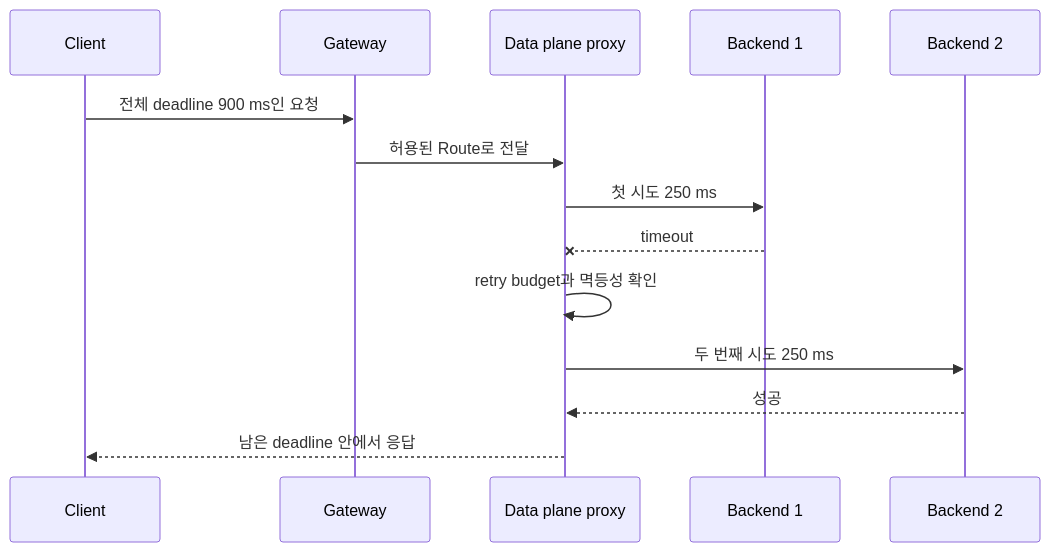
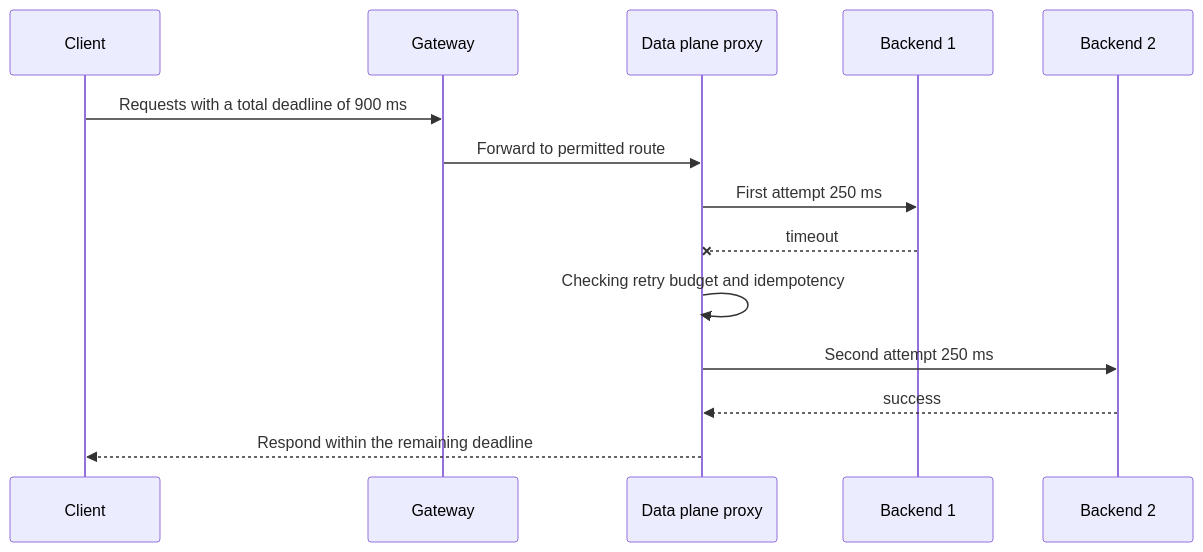
The diagram in docs-site/content/traffic-resilience/01-request-budget-and-ownership.md (nohdol97/nohdol-study), drawn with Mermaid before and after one commit. The commit also changed other lines of this file and 116 other files, not shown here.

````diff
--- a/docs-site/content/traffic-resilience/01-request-budget-and-ownership.md
+++ b/docs-site/content/traffic-resilience/01-request-budget-and-ownership.md
@@ -25,16 +25,16 @@
 ```mermaid
 sequenceDiagram
   participant C as Client
   participant G as Gateway
   participant P as Data plane proxy
   participant B1 as Backend 1
   participant B2 as Backend 2
-  C->>G: 전체 deadline 900 ms인 요청
-  G->>P: 허용된 Route로 전달
-  P->>B1: 첫 시도 250 ms
+  C->>G: Requests with a total deadline of 900 ms
+  G->>P: Forward to permitted route
+  P->>B1: First attempt 250 ms
   B1--xP: timeout
-  P->>P: retry budget과 멱등성 확인
-  P->>B2: 두 번째 시도 250 ms
-  B2-->>P: 성공
-  P-->>C: 남은 deadline 안에서 응답
+  P->>P: Checking retry budget and idempotency
+  P->>B2: Second attempt 250 ms
+  B2-->>P: success
+  P-->>C: Respond within the remaining deadline
 ```
````
